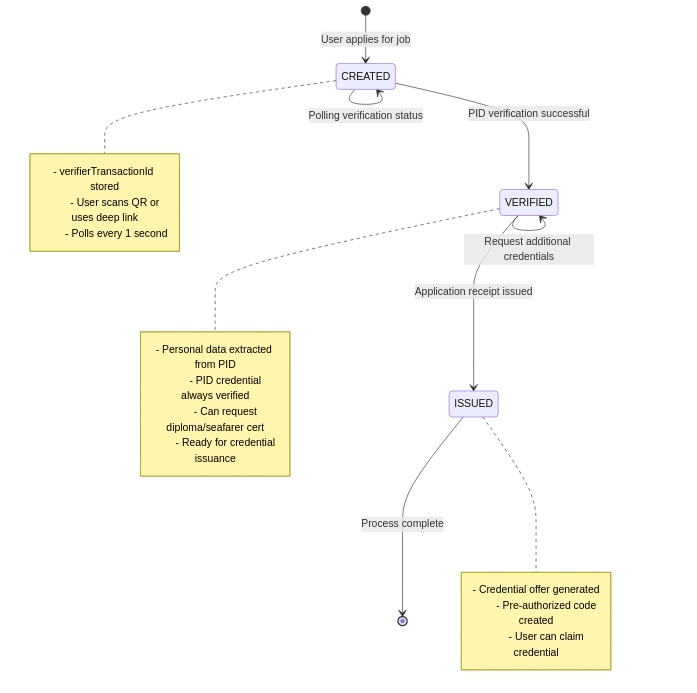
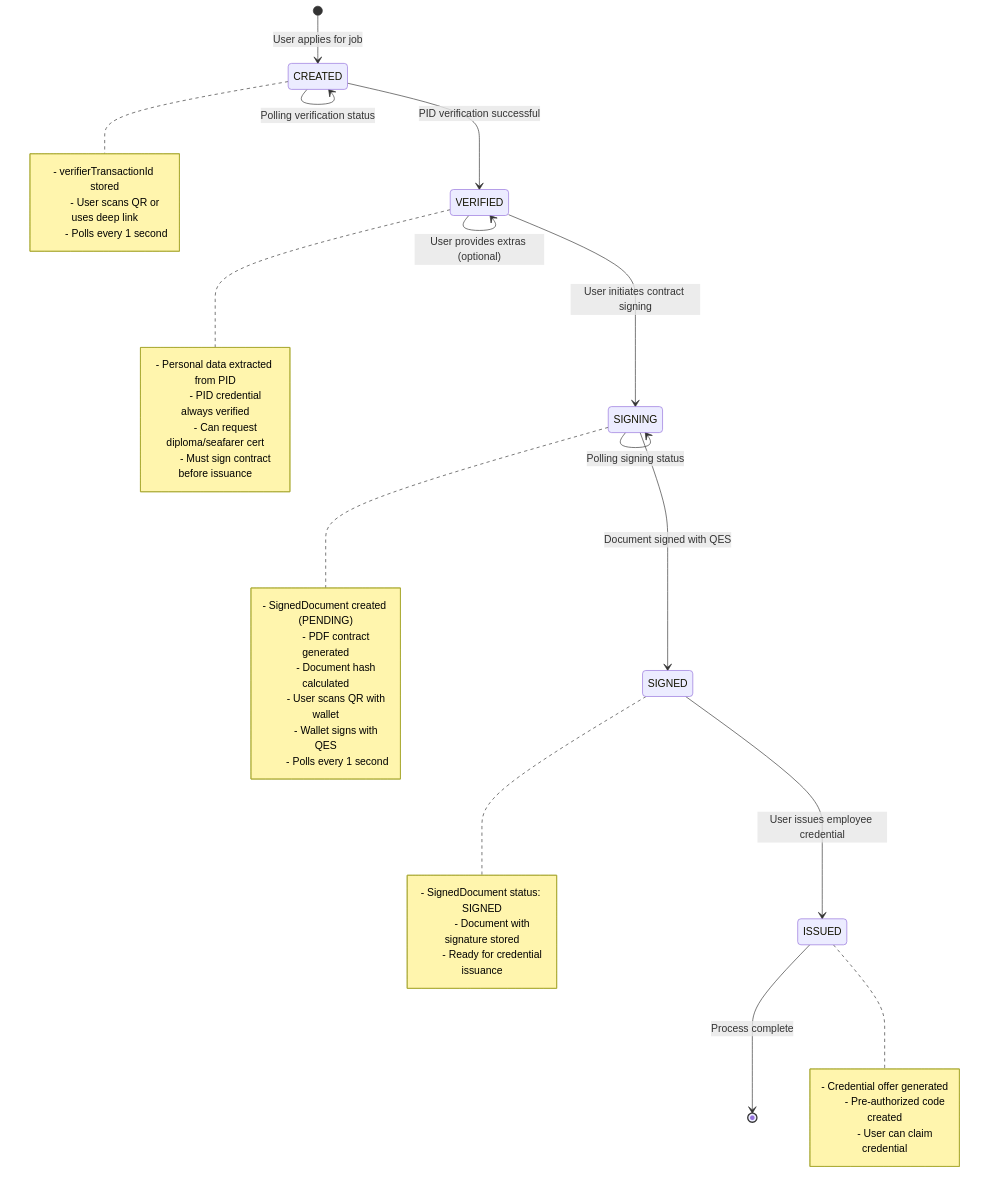
The seventh of 10 diagrams in docs/flowcharts.md (eu-digital-identity-wallet/eudi-web-recruitment-service-demo), drawn with Mermaid before and after one commit. The commit also changed other lines of this file and 1 other file, not shown here.

````diff
--- a/docs/flowcharts.md
+++ b/docs/flowcharts.md
@@ -286,31 +409,52 @@
 ```mermaid
 stateDiagram-v2
     [*] --> CREATED: User applies for job
 
     CREATED --> CREATED: Polling verification status
     CREATED --> VERIFIED: PID verification successful
 
     VERIFIED --> VERIFIED: Request additional credentials
-    VERIFIED --> ISSUED: Application receipt issued
+    VERIFIED --> VERIFIED: User provides extras (optional)
+    VERIFIED --> SIGNING: User initiates contract signing
+
+    SIGNING --> SIGNING: Polling signing status
+    SIGNING --> SIGNED: Document signed with QES
+
+    SIGNED --> ISSUED: User issues employee credential
 
     ISSUED --> [*]: Process complete
 
     note right of CREATED
         - verifierTransactionId stored
         - User scans QR or uses deep link
         - Polls every 1 second
     end note
 
     note right of VERIFIED
         - Personal data extracted from PID
         - PID credential always verified
         - Can request diploma/seafarer cert
+        - Must sign contract before issuance
+    end note
+
+    note right of SIGNING
+        - SignedDocument created (PENDING)
+        - PDF contract generated
+        - Document hash calculated
+        - User scans QR with wallet
+        - Wallet signs with QES
+        - Polls every 1 second
+    end note
+
+    note right of SIGNED
+        - SignedDocument status: SIGNED
+        - Document with signature stored
         - Ready for credential issuance
     end note
 
     note right of ISSUED
         - Credential offer generated
         - Pre-authorized code created
         - User can claim credential
     end note
 ```
````
